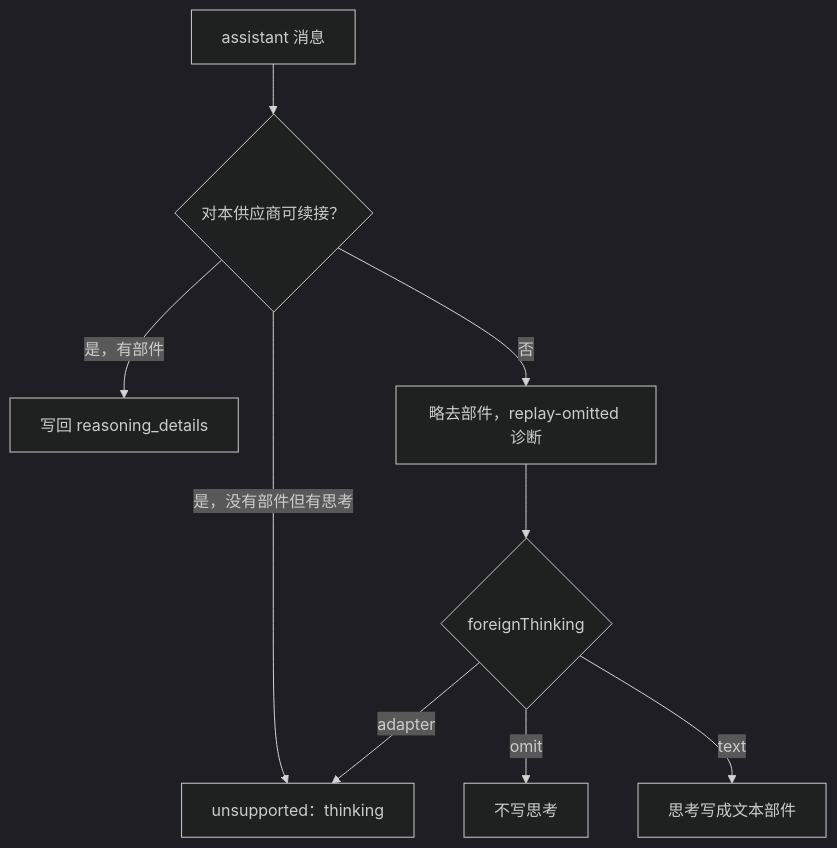
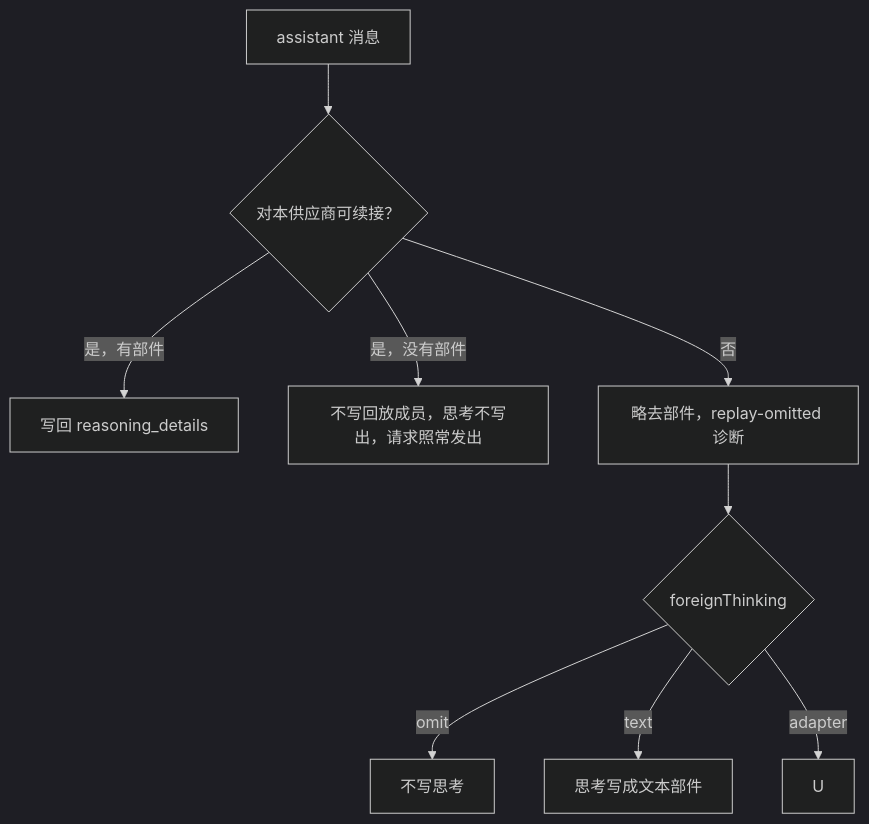
Before and after one commit to nemori-ai/omne-harness-lite: the second of 2 diagrams in packages/model/pi-ai-anthropic/docs/flows.md, drawn with Mermaid (dark theme). The commit also changed other lines of this file and 13 other files, not shown here.

````diff
--- a/packages/model/pi-ai-anthropic/docs/flows.md
+++ b/packages/model/pi-ai-anthropic/docs/flows.md
@@ -41,11 +41,11 @@
 ```mermaid
 flowchart TD
   M[assistant 消息] --> Q{对本供应商可续接？}
   Q -- 是，有部件 --> D[写回 reasoning_details]
-  Q -- 是，没有部件但有思考 --> U[unsupported：thinking]
+  Q -- 是，没有部件 --> W[不写回放成员，思考不写出，请求照常发出]
   Q -- 否 --> O[略去部件，replay-omitted 诊断]
   O --> FT{foreignThinking}
   FT -- omit --> N[不写思考]
   FT -- text --> X[思考写成文本部件]
   FT -- adapter --> U
 ```
````
